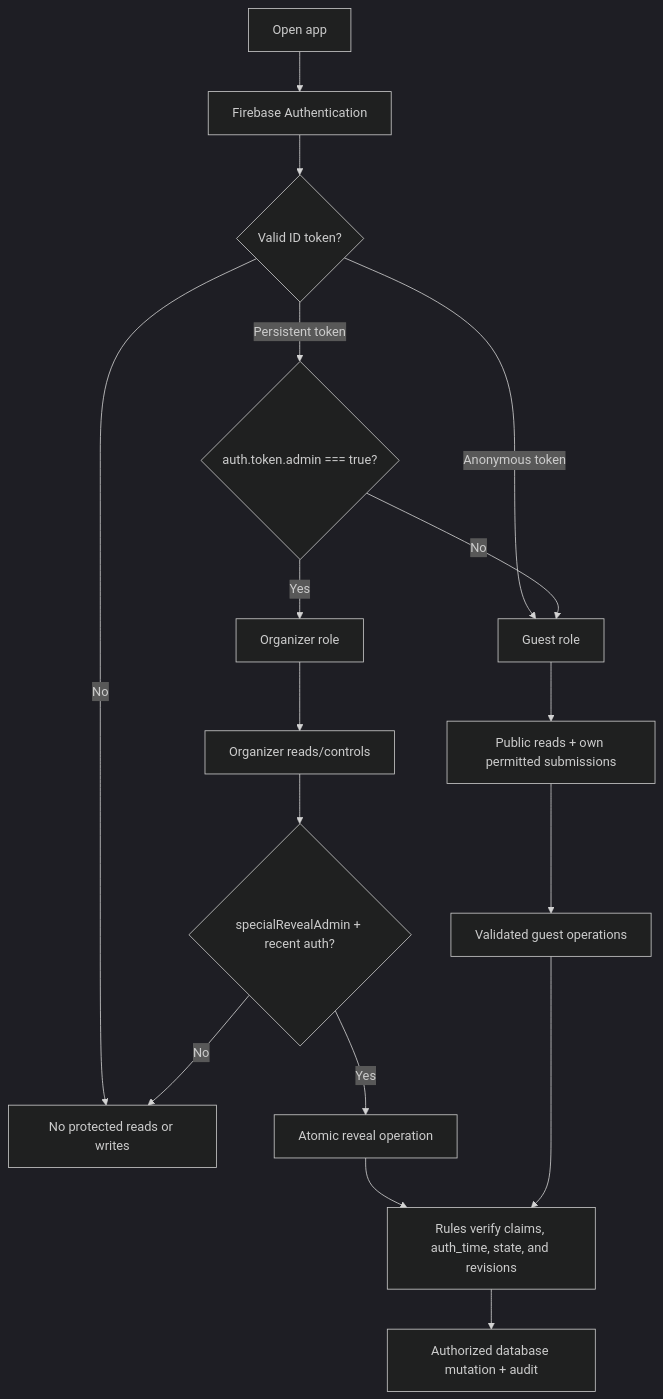
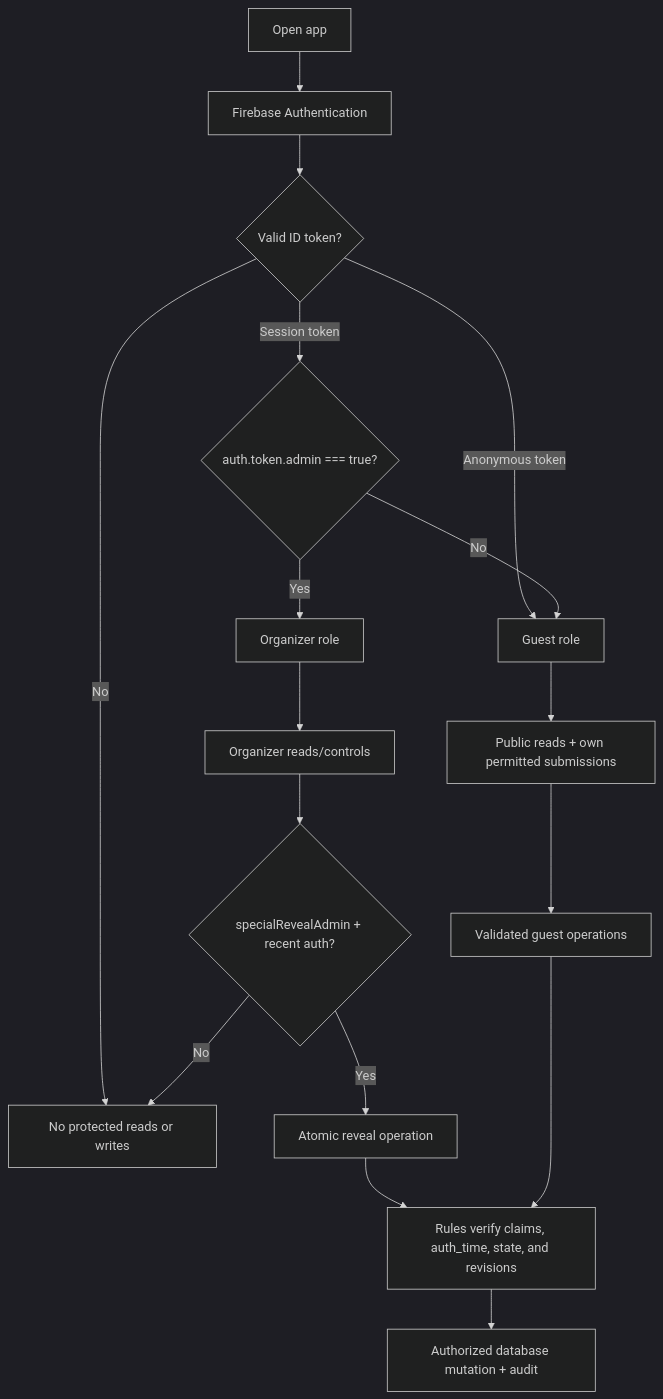
Before and after one commit to so-mb/games-and-castles: the first of 2 diagrams in docs/security-model.md, drawn with Mermaid (dark theme). The commit also changed other lines of this file and 72 other files, not shown here.

````diff
--- a/docs/security-model.md
+++ b/docs/security-model.md
@@ -52,19 +53,19 @@
 ```mermaid
 flowchart TD
     U["Open app"] --> A["Firebase Authentication"]
     A --> T{"Valid ID token?"}
     T -->|"No"| X["No protected reads or writes"]
     T -->|"Anonymous token"| G["Guest role"]
-    T -->|"Persistent token"| C{"auth.token.admin === true?"}
+    T -->|"Session token"| C{"auth.token.admin === true?"}
     C -->|"No"| G
     C -->|"Yes"| O["Organizer role"]
     G --> GP["Public reads + own permitted submissions"]
     O --> OP["Organizer reads/controls"]
     OP --> R{"specialRevealAdmin + recent auth?"}
     R -->|"Yes"| F["Atomic reveal operation"]
     R -->|"No"| X
     GP --> GF["Validated guest operations"]
     F --> V["Rules verify claims, auth_time, state, and revisions"]
     GF --> V
     V --> D["Authorized database mutation + audit"]
 ```
````
